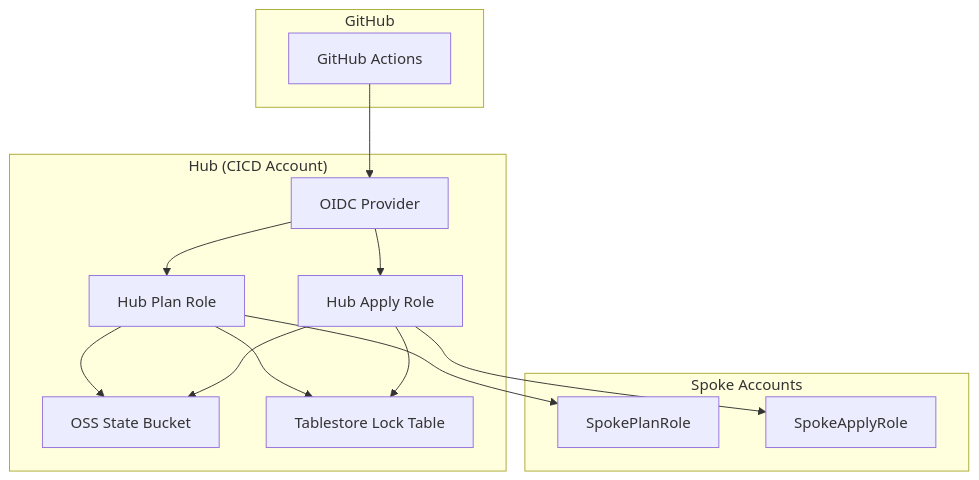
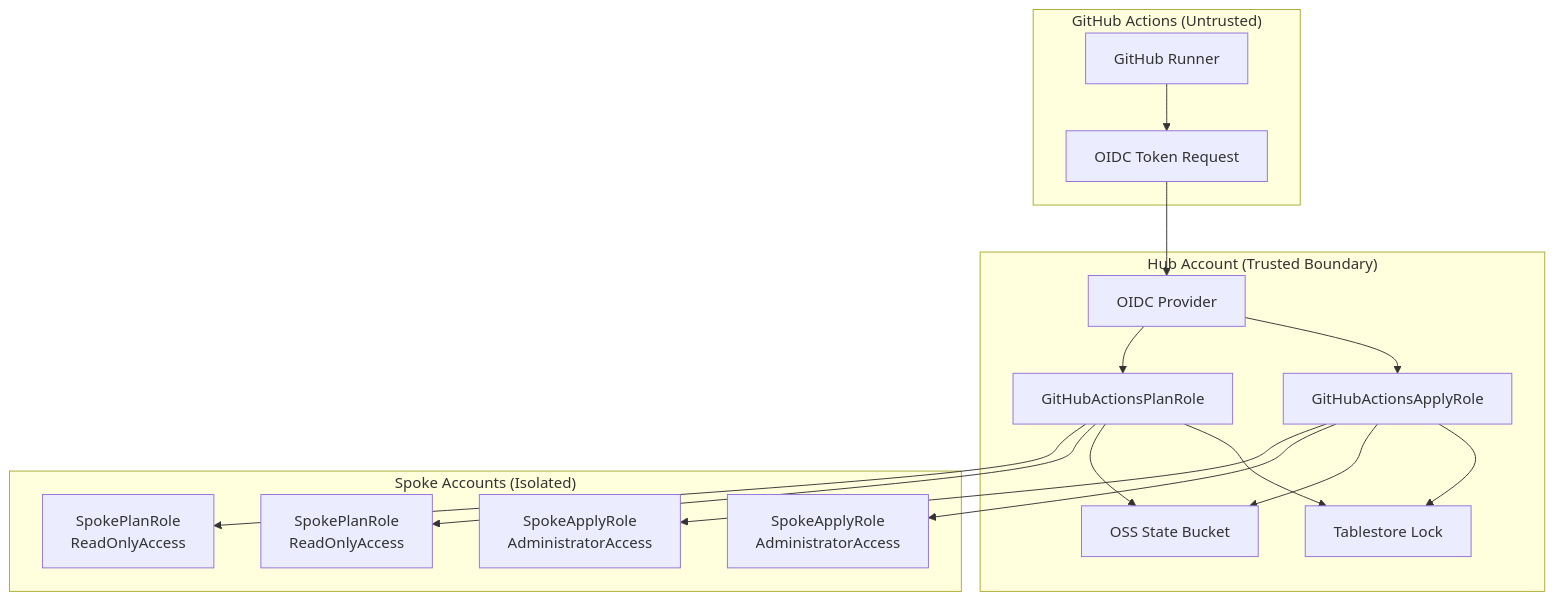
One commit to AlibabaCloudLandingZone/alibabacloud-landingzone-accelerator-github-demo changed the first of 7 diagrams in .qoder/repowiki/en/content/Security Model/Security Model.md. Above: the diagram before and after it, drawn with Mermaid. The commit also changed other lines of this file and 104 other files, not shown here.

````diff
--- a/.qoder/repowiki/en/content/Security Model/Security Model.md
+++ b/.qoder/repowiki/en/content/Security Model/Security Model.md
@@ -41,26 +51,32 @@
 ```mermaid
 graph TB
-subgraph "GitHub"
-GH["GitHub Actions"]
+subgraph "GitHub Actions (Untrusted)"
+GH["GitHub Runner"]
+OIDC["OIDC Token Request"]
 end
-subgraph "Hub (CICD Account)"
-OIDC["OIDC Provider"]
-PLAN["Hub Plan Role"]
-APPLY["Hub Apply Role"]
+subgraph "Hub Account (Trusted Boundary)"
+OIDCProv["OIDC Provider"]
+HubPlan["GitHubActionsPlanRole"]
+HubApply["GitHubActionsApplyRole"]
 OSS["OSS State Bucket"]
-OTS["Tablestore Lock Table"]
+OTS["Tablestore Lock"]
 end
-subgraph "Spoke Accounts"
-S1["SpokePlanRole"]
-S2["SpokeApplyRole"]
+subgraph "Spoke Accounts (Isolated)"
+S1Plan["SpokePlanRole<br/>ReadOnlyAccess"]
+S1Apply["SpokeApplyRole<br/>AdministratorAccess"]
+S2Plan["SpokePlanRole<br/>ReadOnlyAccess"]
+S2Apply["SpokeApplyRole<br/>AdministratorAccess"]
 end
 GH --> OIDC
-OIDC --> PLAN
-OIDC --> APPLY
-PLAN --> OSS
-PLAN --> OTS
-PLAN --> S1
-APPLY --> OSS
-APPLY --> OTS
-APPLY --> S2
+OIDC --> OIDCProv
+OIDCProv --> HubPlan
+OIDCProv --> HubApply
+HubPlan --> S1Plan
+HubPlan --> S2Plan
+HubApply --> S1Apply
+HubApply --> S2Apply
+HubPlan --> OSS
+HubPlan --> OTS
+HubApply --> OSS
+HubApply --> OTS
 ```
````
